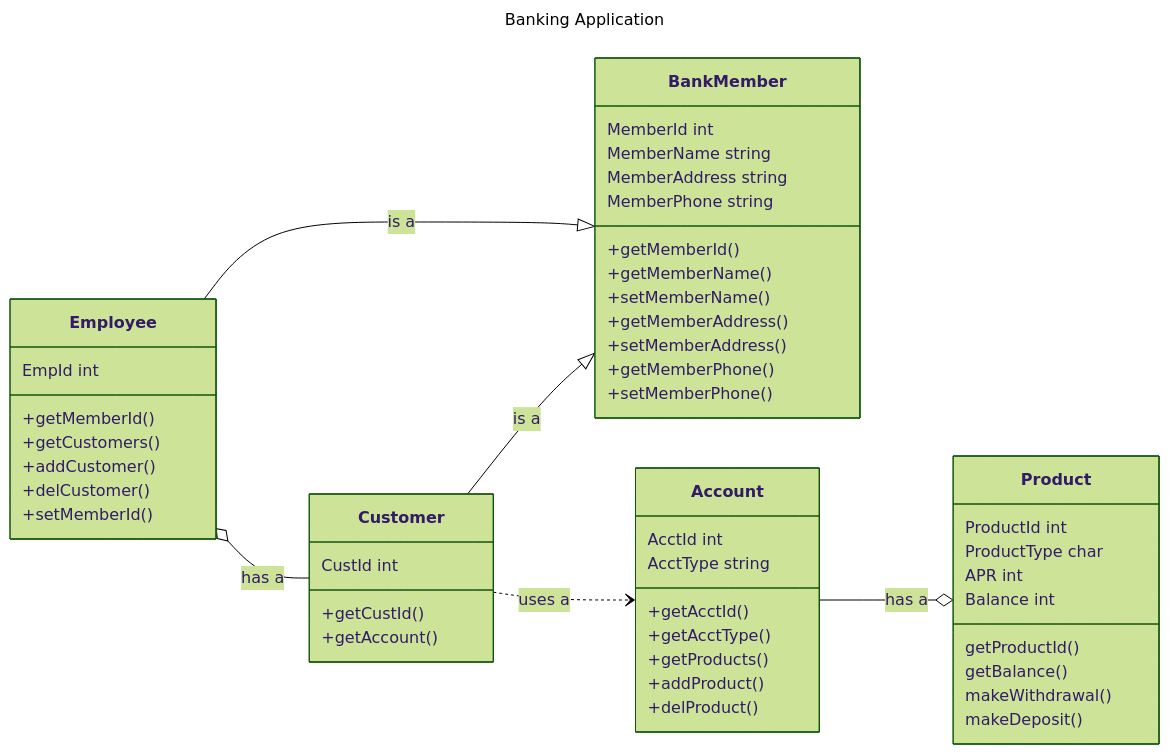
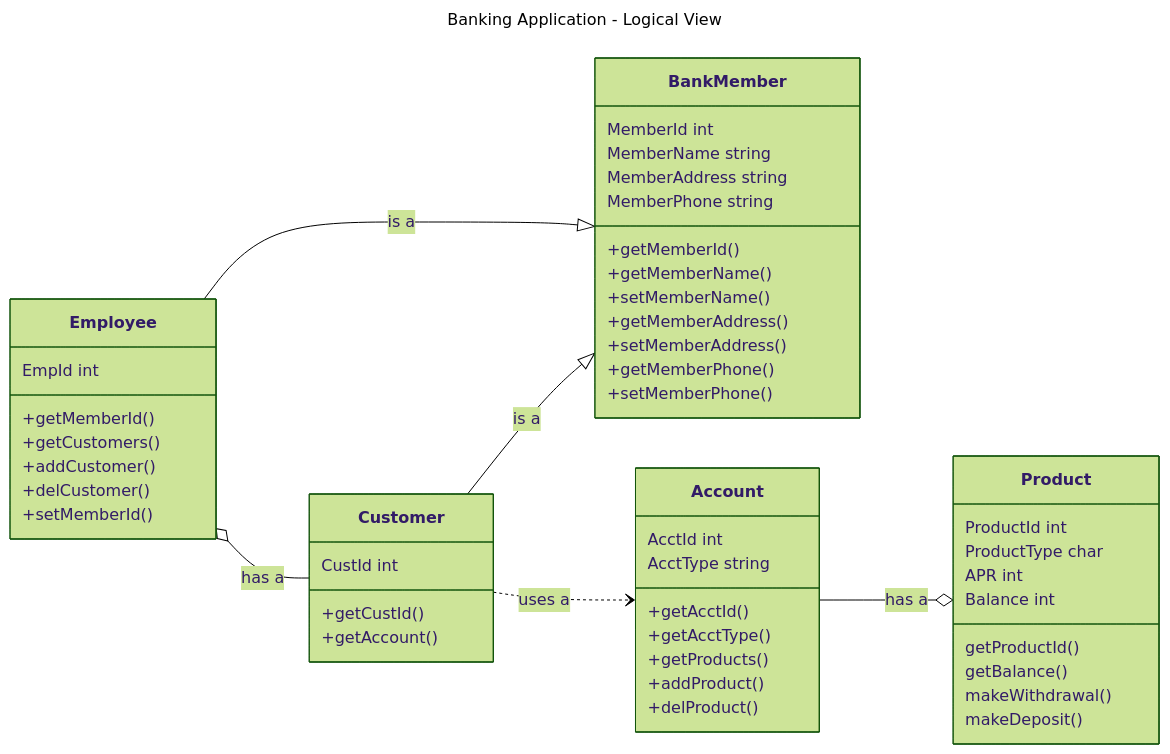
One commit to Marcus-Snell/Test changed the diagram in mermaid.md. Above: the diagram before and after it, drawn with Mermaid (forest theme).

````diff
--- a/mermaid.md
+++ b/mermaid.md
@@ -1,53 +1,53 @@
 ```mermaid
 ---
-title: Banking Application
+title: Banking Application - Logical View
 ---
 classDiagram
 direction LR
 BankMember
 BankMember : MemberId int
 BankMember : MemberName string
 BankMember : MemberAddress string
 BankMember : MemberPhone string
 BankMember : +getMemberId()
 BankMember : +getMemberName()
 BankMember : +setMemberName()
 BankMember : +getMemberAddress()
 BankMember : +setMemberAddress()
 BankMember : +getMemberPhone()
 BankMember : +setMemberPhone()
 
 Employee --|> BankMember : is a
 Employee o-- Customer : has a
 Employee : EmpId int
 Employee : +getMemberId()
 Employee : +getCustomers()
 Employee : +addCustomer()
 Employee : +delCustomer()
 Employee : +setMemberId()
 
 Customer --|> BankMember : is a
 Customer ..> Account : uses a
 Customer : CustId int
 Customer : +getCustId()
 Customer : +getAccount()
 
 Account --o Product : has a
 Account : AcctId int
 Account : AcctType string
 Account : +getAcctId()
 Account : +getAcctType()
 Account : +getProducts()
 Account : +addProduct()
 Account : +delProduct()
 
 Product : ProductId int
 Product : ProductType char
 Product : APR int
 Product : Balance int
 Product : getProductId()
 Product : getBalance()
 Product : makeWithdrawal()
 Product : makeDeposit()
 
 ```
````
